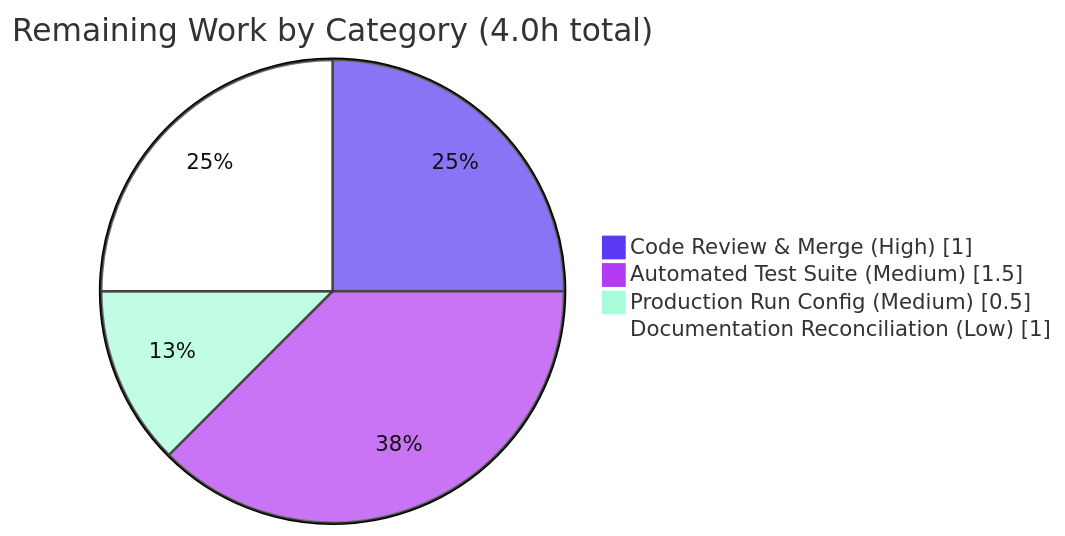
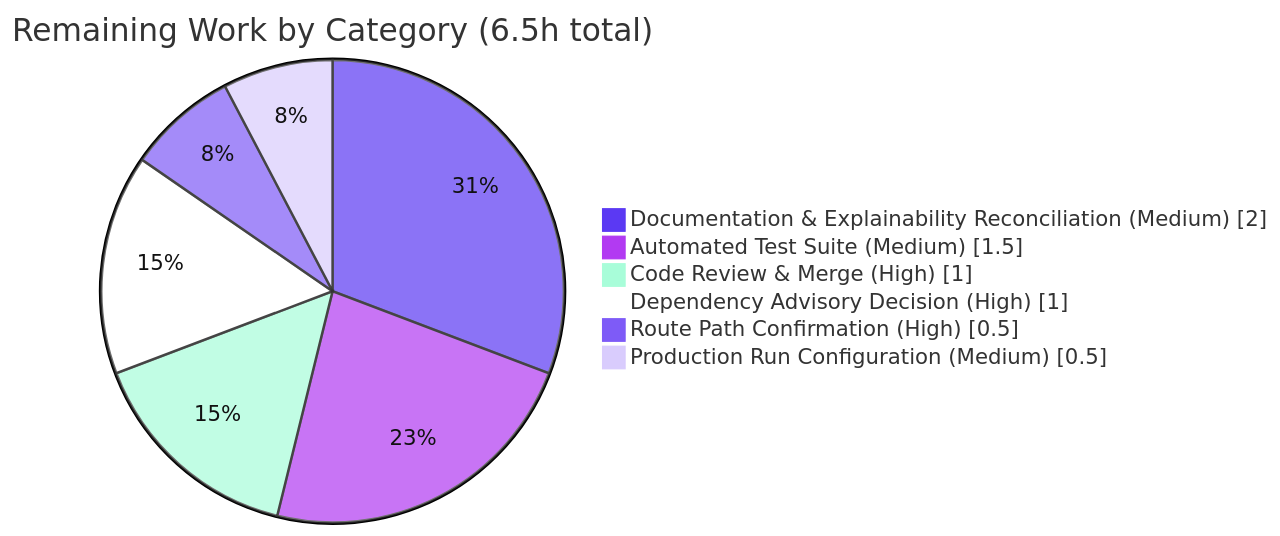
The third of 4 diagrams in blitzy/documentation/Project Guide.md (Sandeep02Kumar02/existing-projects-qa-test), drawn with Mermaid before and after one commit. The commit also changed other lines of this file, not shown here.

Commit message:
Adding Blitzy Project Guide: Project Status and Human Tasks Remaining

````diff
--- a/blitzy/documentation/Project Guide.md
+++ b/blitzy/documentation/Project Guide.md
@@ -204,8 +270,10 @@
 ```mermaid
-%%{init: {'theme':'base', 'themeVariables': {'pie1':'#5B39F3','pie2':'#B23AF2','pie3':'#A8FDD9','pie4':'#FFFFFF','pieStrokeColor':'#333333','pieSectionTextColor':'#111111'}}}%%
-pie showData title Remaining Work by Category (4.0h total)
+%%{init: {'theme':'base', 'themeVariables': {'pie1':'#5B39F3','pie2':'#B23AF2','pie3':'#A8FDD9','pie4':'#FFFFFF','pie5':'#7E5BF7','pie6':'#D9CCFD','pieStrokeColor':'#333333','pieSectionTextColor':'#111111'}}}%%
+pie showData title Remaining Work by Category (6.5h total)
+    "Documentation & Explainability Reconciliation (Medium)" : 2.0
+    "Automated Test Suite (Medium)" : 1.5
     "Code Review & Merge (High)" : 1.0
-    "Automated Test Suite (Medium)" : 1.5
-    "Production Run Config (Medium)" : 0.5
-    "Documentation Reconciliation (Low)" : 1.0
+    "Dependency Advisory Decision (High)" : 1.0
+    "Route Path Confirmation (High)" : 0.5
+    "Production Run Configuration (Medium)" : 0.5
 ```
````
